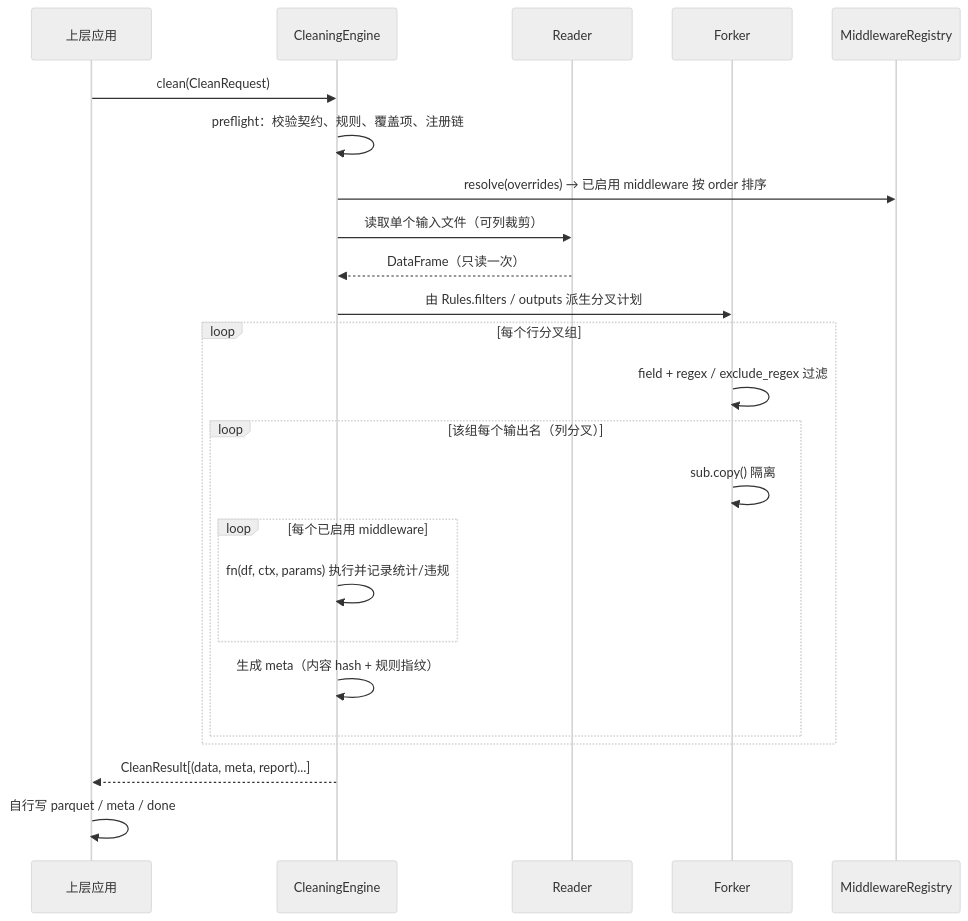
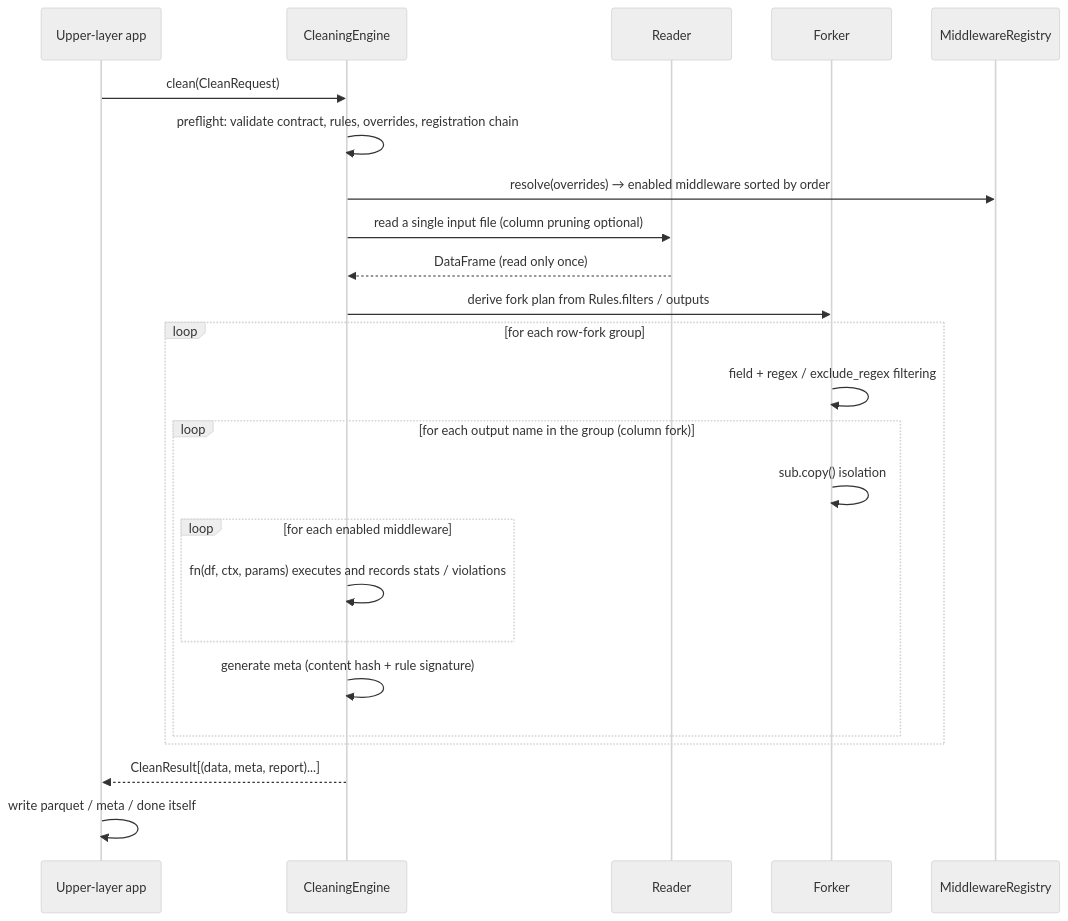
Before and after one commit to darwinalpha/darwin-cleaner: the second of 2 diagrams in docs/design.md, drawn with Mermaid (neutral theme). The commit also changed other lines of this file and 31 other files, not shown here.

````diff
--- a/docs/design.md
+++ b/docs/design.md
@@ -95,27 +97,27 @@
 ```mermaid
 sequenceDiagram
-    participant U as 上层应用
+    participant U as Upper-layer app
     participant E as CleaningEngine
     participant R as Reader
     participant F as Forker
     participant M as MiddlewareRegistry
 
     U->>E: clean(CleanRequest)
-    E->>E: preflight：校验契约、规则、覆盖项、注册链
-    E->>M: resolve(overrides) → 已启用 middleware 按 order 排序
-    E->>R: 读取单个输入文件（可列裁剪）
-    R-->>E: DataFrame（只读一次）
-    E->>F: 由 Rules.filters / outputs 派生分叉计划
-    loop 每个行分叉组
-        F->>F: field + regex / exclude_regex 过滤
-        loop 该组每个输出名（列分叉）
-            F->>F: sub.copy() 隔离
-            loop 每个已启用 middleware
-                E->>E: fn(df, ctx, params) 执行并记录统计/违规
+    E->>E: preflight: validate contract, rules, overrides, registration chain
+    E->>M: resolve(overrides) → enabled middleware sorted by order
+    E->>R: read a single input file (column pruning optional)
+    R-->>E: DataFrame (read only once)
+    E->>F: derive fork plan from Rules.filters / outputs
+    loop for each row-fork group
+        F->>F: field + regex / exclude_regex filtering
+        loop for each output name in the group (column fork)
+            F->>F: sub.copy() isolation
+            loop for each enabled middleware
+                E->>E: fn(df, ctx, params) executes and records stats / violations
             end
-            E->>E: 生成 meta（内容 hash + 规则指纹）
+            E->>E: generate meta (content hash + rule signature)
         end
     end
     E-->>U: CleanResult[(data, meta, report)...]
-    U->>U: 自行写 parquet / meta / done
+    U->>U: write parquet / meta / done itself
 ```
````
